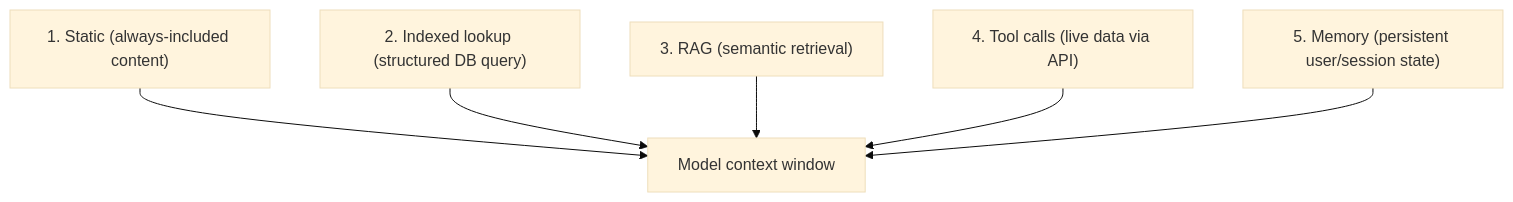
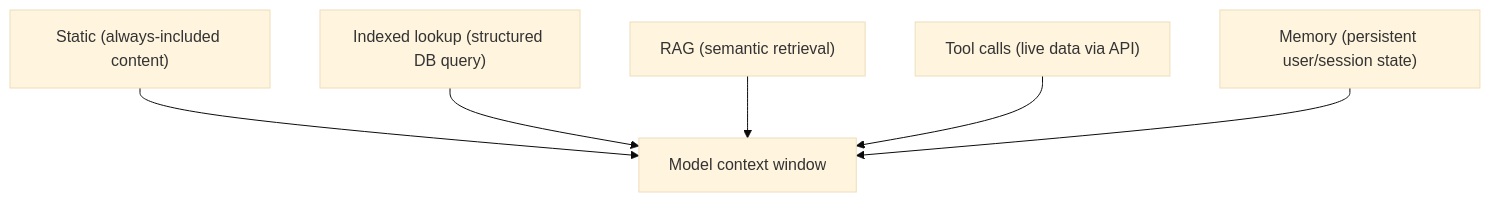
Before and after one commit to mjac-yue/ai-architecture-for-pms: the first of 2 diagrams in module-07-rag.md, drawn with Mermaid (base theme). The commit also changed other lines of this file and 14 other files, not shown here.

````diff
--- a/module-07-rag.md
+++ b/module-07-rag.md
@@ -13,9 +13,9 @@
 ```mermaid
 flowchart TD
     M["Model context window"]
-    S["1. Static (always-included content)"] --> M
-    I["2. Indexed lookup (structured DB query)"] --> M
-    R["3. RAG (semantic retrieval)"] --> M
-    T["4. Tool calls (live data via API)"] --> M
-    Mem["5. Memory (persistent user/session state)"] --> M
+    S["Static (always-included content)"] --> M
+    I["Indexed lookup (structured DB query)"] --> M
+    R["RAG (semantic retrieval)"] --> M
+    T["Tool calls (live data via API)"] --> M
+    Mem["Memory (persistent user/session state)"] --> M
 ```
````
